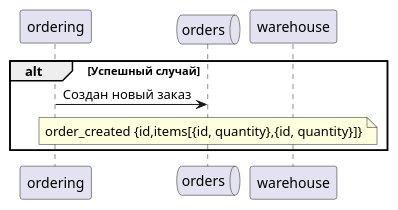
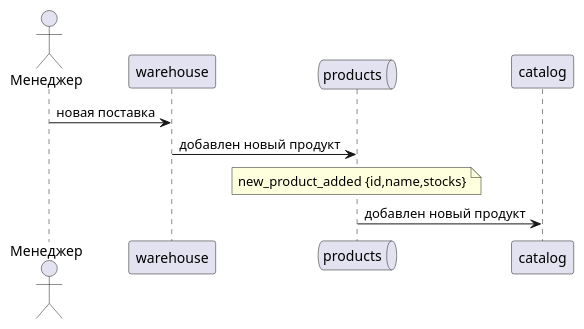
Before and after one commit to gerzhan/knigaexpert-system-design: the first of 2 diagrams in services/warehouse/use-cases/uc-2.md, drawn with PlantUML. The commit also changed other lines of this file and 7 other files, not shown here.

````diff
--- a/services/warehouse/use-cases/uc-2.md
+++ b/services/warehouse/use-cases/uc-2.md
@@ -4,10 +5,13 @@
 ```plantuml
-participant "ordering" as ordering
-queue "orders" as orders_queue
+actor Менеджер as manager
 participant "warehouse" as warehouse
+queue "products" as products_queue
+participant "catalog" as catalog
 
-alt Успешный случай
-ordering -> orders_queue: Cоздан новый заказ
-note over orders_queue: order_created {id,items[{id, quantity},{id, quantity}]}
-end
+manager -> warehouse: новая поставка
+
+warehouse -> products_queue: добавлен новый продукт
+note over products_queue: new_product_added {id,name,stocks}
+
+products_queue -> catalog: добавлен новый продукт
 ```
````
